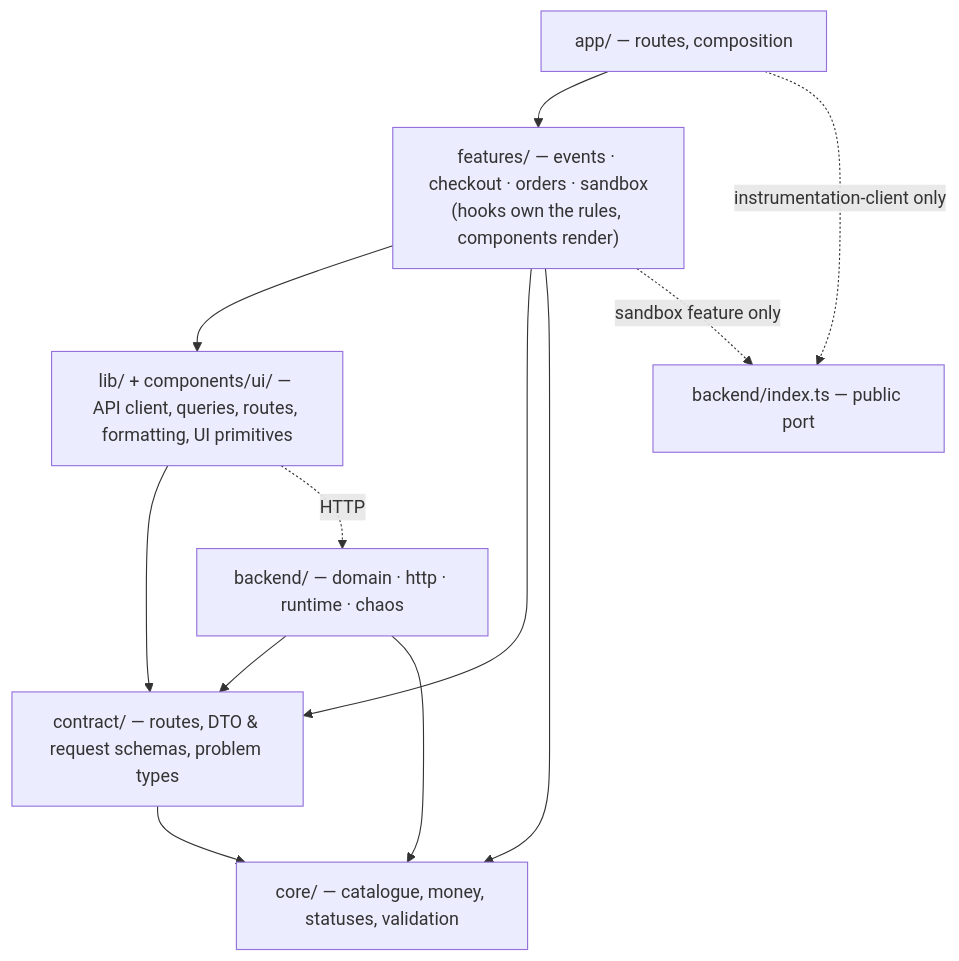
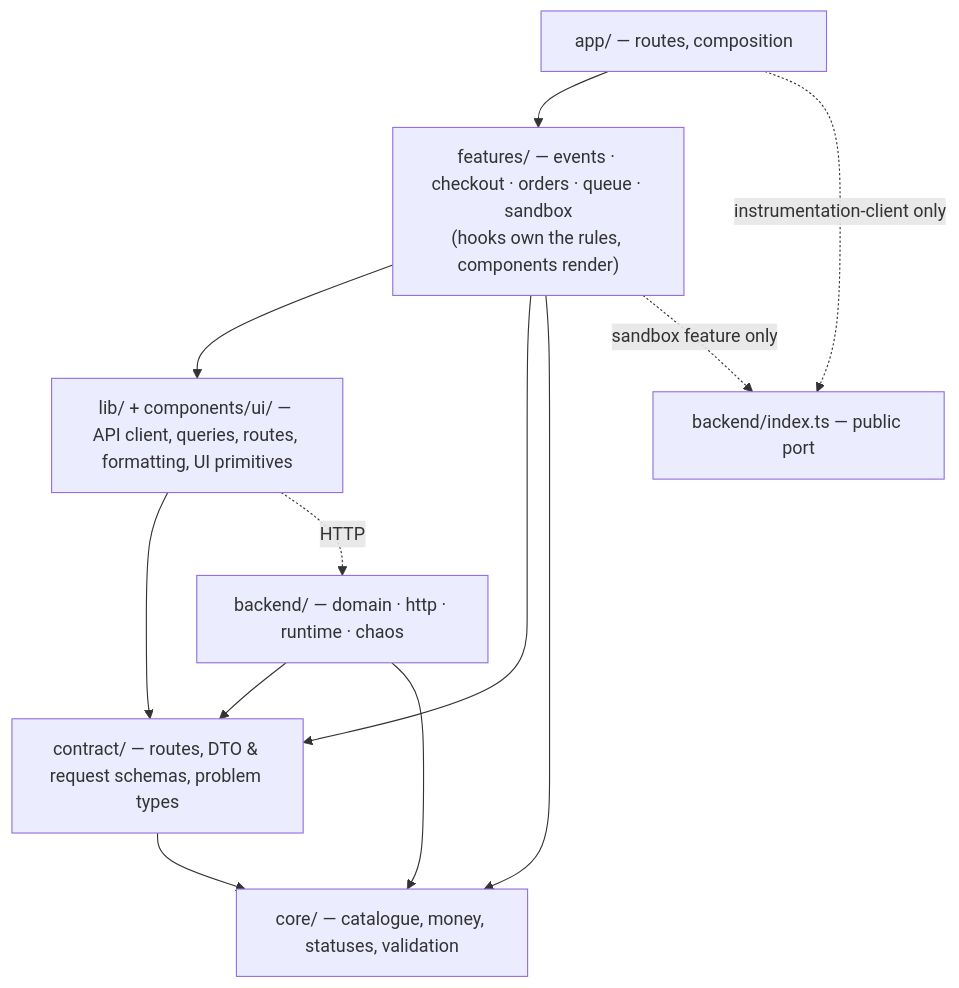
Before and after one commit to kzs2501/admit-one: the third of 4 diagrams in docs/architecture.md, drawn with Mermaid. The commit also changed other lines of this file and 2 other files, not shown here.

````diff
--- a/docs/architecture.md
+++ b/docs/architecture.md
@@ -45,19 +45,19 @@
 ```mermaid
 flowchart TB
   app["app/ — routes, composition"]
-  features["features/ — events · checkout · orders · sandbox\n(hooks own the rules, components render)"]
+  features["features/ — events · checkout · orders · queue · sandbox\n(hooks own the rules, components render)"]
   shared["lib/ + components/ui/ — API client, queries, routes, formatting, UI primitives"]
   contract["contract/ — routes, DTO & request schemas, problem types"]
   core["core/ — catalogue, money, statuses, validation"]
   backend["backend/ — domain · http · runtime · chaos"]
   port["backend/index.ts — public port"]
 
   app --> features --> shared --> contract --> core
   features --> contract
   features --> core
   backend --> contract
   backend --> core
   features -. "sandbox feature only" .-> port
   app -. "instrumentation-client only" .-> port
   shared -. "HTTP" .-> backend
 ```
````
